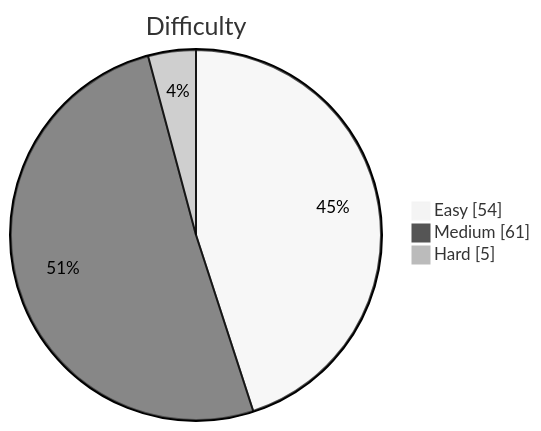
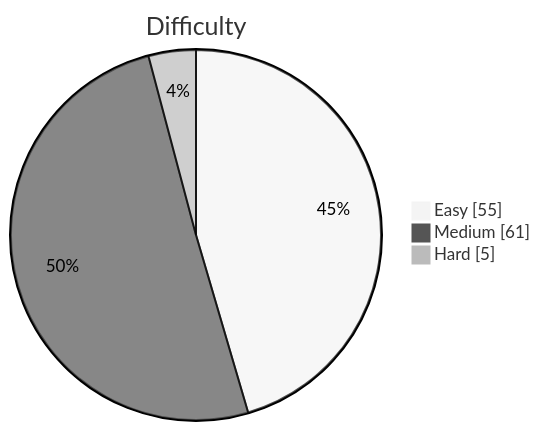
Before and after one commit to kevstevie/python-algo-practice: the diagram in README.md, drawn with Mermaid (neutral theme). The commit also changed other lines of this file, not shown here.

````diff
--- a/README.md
+++ b/README.md
@@ -13,7 +13,7 @@
 ```mermaid
 pie showData
     title Difficulty
-    "Easy"   : 54
+    "Easy"   : 55
     "Medium" : 61
     "Hard"   : 5
 ```
````
